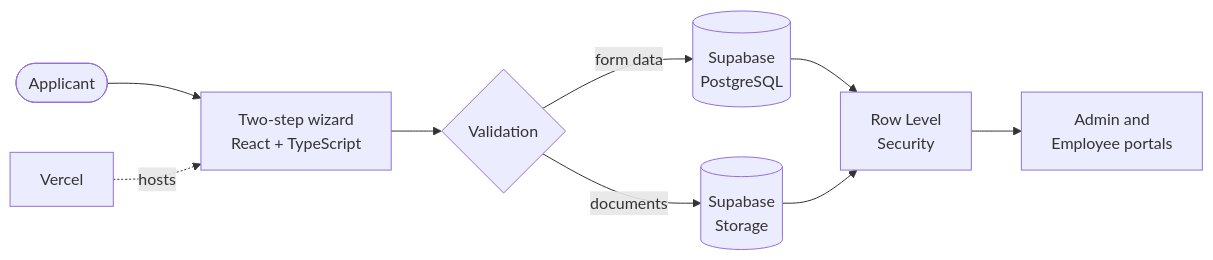
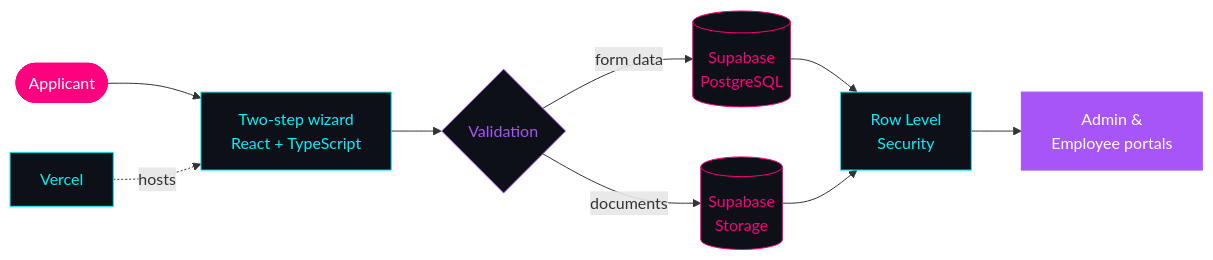
The first of 2 diagrams in README.md (dehandenver/dehandenver), drawn with Mermaid before and after one commit. The commit also changed other lines of this file, not shown here.

````diff
--- a/README.md
+++ b/README.md
@@ -138,11 +157,20 @@
 ```mermaid
 flowchart LR
-    A([Applicant]) --> B[Two-step wizard<br/>React + TypeScript]
+    A([Applicant]) --> B["Two-step wizard<br/>React + TypeScript"]
     B --> C{Validation}
-    C -->|form data| D[(Supabase<br/>PostgreSQL)]
-    C -->|documents| E[(Supabase<br/>Storage)]
-    D --> F[Row Level<br/>Security]
+    C -->|form data| D[("Supabase<br/>PostgreSQL")]
+    C -->|documents| E[("Supabase<br/>Storage")]
+    D --> F["Row Level<br/>Security"]
     E --> F
-    F --> G[Admin and<br/>Employee portals]
+    F --> G["Admin &<br/>Employee portals"]
     H[Vercel] -.hosts.-> B
+
+    style A fill:#FF007F,color:#fff,stroke:#FF007F
+    style B fill:#0D1117,color:#00F0FF,stroke:#00F0FF
+    style C fill:#0D1117,color:#A855F7,stroke:#A855F7
+    style D fill:#0D1117,color:#FF007F,stroke:#FF007F
+    style E fill:#0D1117,color:#FF007F,stroke:#FF007F
+    style F fill:#0D1117,color:#00F0FF,stroke:#00F0FF
+    style G fill:#A855F7,color:#fff,stroke:#A855F7
+    style H fill:#0D1117,color:#00F0FF,stroke:#00F0FF
 ```
````
